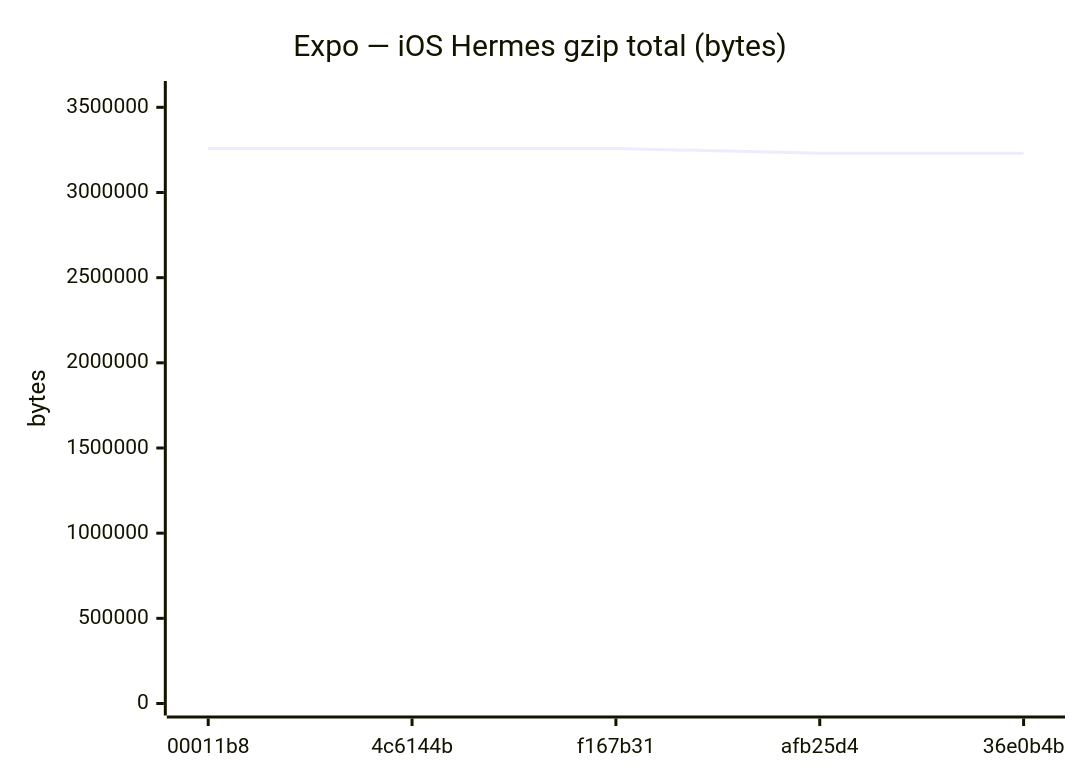
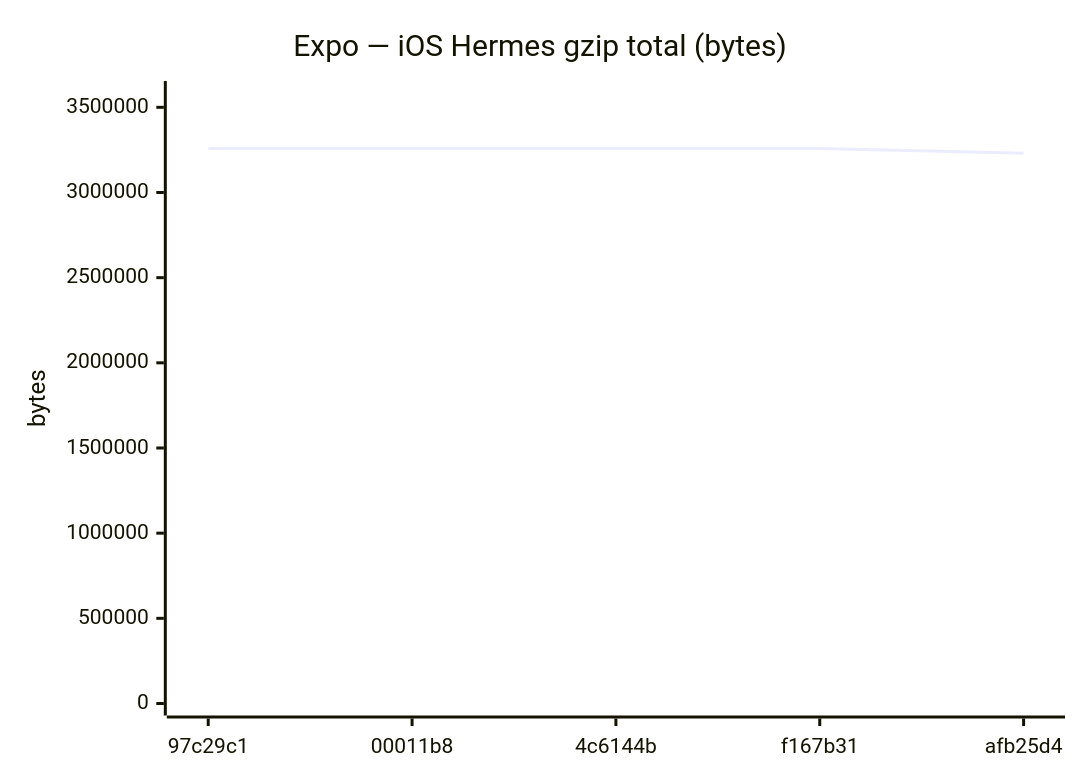
Before and after one commit to Metaheurist/Rianell: diagram 12 of 18 in benchmarks/compare.md, drawn with Mermaid. The commit also changed other lines of this file and 11 other files, not shown here.

````diff
--- a/benchmarks/compare.md
+++ b/benchmarks/compare.md
@@ -179,7 +179,7 @@
 ```mermaid
 xychart-beta
     title "Expo — iOS Hermes gzip total (bytes)"
-    x-axis ["00011b8", "4c6144b", "f167b31", "afb25d4", "36e0b4b"]
+    x-axis ["97c29c1", "00011b8", "4c6144b", "f167b31", "afb25d4"]
     y-axis "bytes" 0 --> 3584104
-    line [3258276, 3258273, 3258270, 3230867, 3230712]
+    line [3258272, 3258276, 3258273, 3258270, 3230867]
 ```
````
